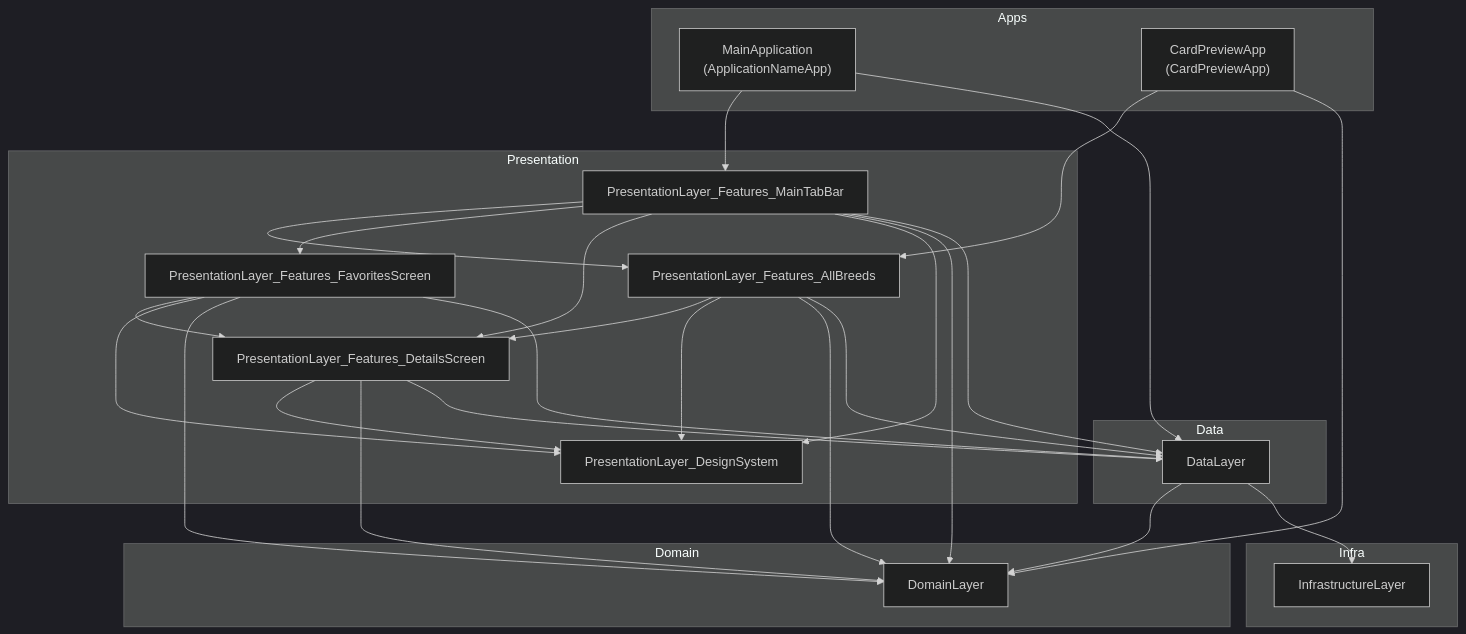
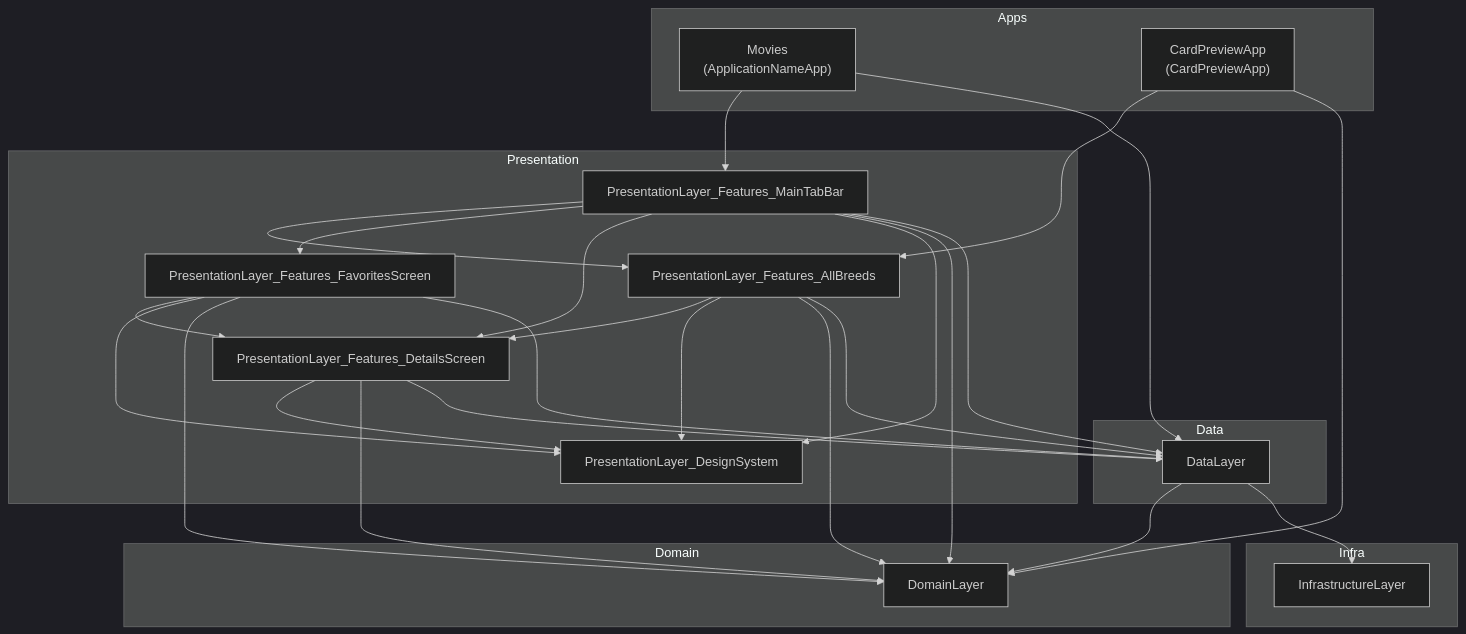
Before and after one commit to fuxlud/Movies: the first of 3 diagrams in README.md, drawn with Mermaid (dark theme). The commit also changed 15 other files, not shown here.

Commit message:
Rename MainApplication to Movies

````diff
--- a/README.md
+++ b/README.md
@@ -20,57 +20,57 @@
 ```mermaid
 flowchart TB
   subgraph Apps
-    MainApp["MainApplication\n(ApplicationNameApp)"]
+    MainApp["Movies\n(ApplicationNameApp)"]
     PreviewApp["CardPreviewApp\n(CardPreviewApp)"]
   end
 
   subgraph Presentation
     DesignSystem["PresentationLayer_DesignSystem"]
     AllBreeds["PresentationLayer_Features_AllBreeds"]
     Details["PresentationLayer_Features_DetailsScreen"]
     Favorites["PresentationLayer_Features_FavoritesScreen"]
     MainTab["PresentationLayer_Features_MainTabBar"]
   end
 
   subgraph Domain
     DomainLayer["DomainLayer"]
   end
 
   subgraph Data
     DataLayer["DataLayer"]
   end
 
   subgraph Infra
     InfraLayer["InfrastructureLayer"]
   end
 
   MainApp --> MainTab
   MainApp --> DataLayer
 
   PreviewApp --> AllBreeds
   PreviewApp --> DomainLayer
 
   MainTab --> AllBreeds
   MainTab --> Favorites
   MainTab --> Details
   MainTab --> DesignSystem
   MainTab --> DomainLayer
   MainTab --> DataLayer
 
   AllBreeds --> Details
   AllBreeds --> DesignSystem
   AllBreeds --> DomainLayer
   AllBreeds --> DataLayer
 
   Favorites --> Details
   Favorites --> DesignSystem
   Favorites --> DomainLayer
   Favorites --> DataLayer
 
   Details --> DesignSystem
   Details --> DomainLayer
   Details --> DataLayer
 
   DataLayer --> DomainLayer
   DataLayer --> InfraLayer
 ```
````
